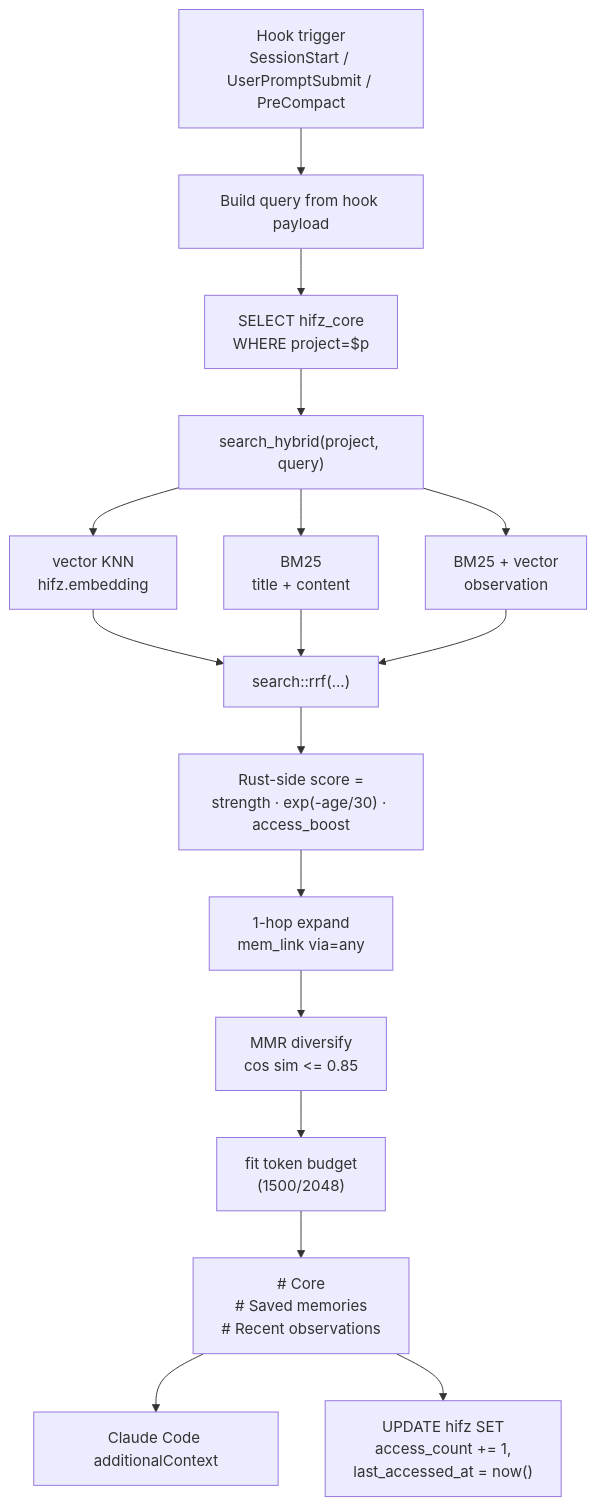
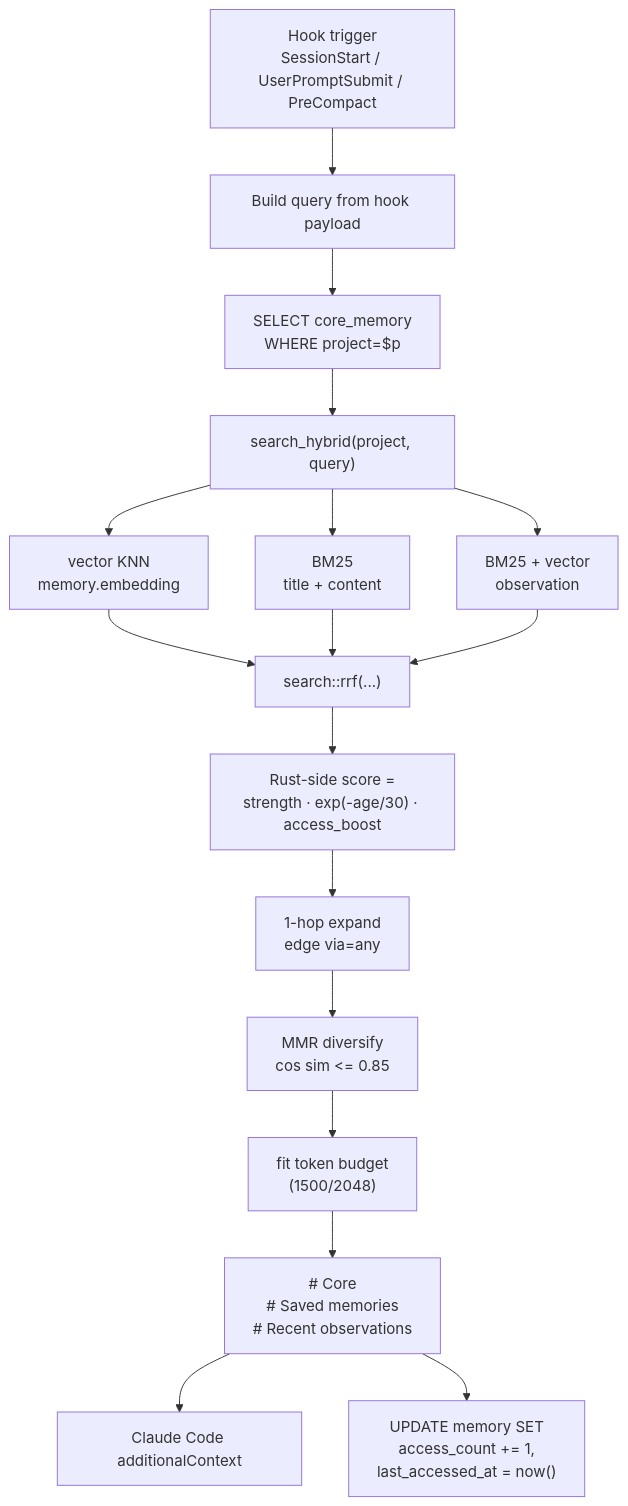
Before and after one commit to arriqaaq/hifz: the third of 5 diagrams in docs/architecture/memory.md, drawn with Mermaid. The commit also changed other lines of this file and 23 other files, not shown here.

````diff
--- a/docs/architecture/memory.md
+++ b/docs/architecture/memory.md
@@ -132,20 +140,20 @@
 ```mermaid
 flowchart TD
     Trigger["Hook trigger<br/>SessionStart / UserPromptSubmit / PreCompact"] --> BuildQ[Build query from hook payload]
-    BuildQ --> Core["SELECT hifz_core<br/>WHERE project=$p"]
+    BuildQ --> Core["SELECT core_memory<br/>WHERE project=$p"]
     Core --> Search["search_hybrid(project, query)"]
-    Search --> Vec["vector KNN<br/>hifz.embedding"]
+    Search --> Vec["vector KNN<br/>memory.embedding"]
     Search --> FT["BM25<br/>title + content"]
     Search --> FTObs["BM25 + vector<br/>observation"]
     Vec --> RRF["search::rrf(...)"]
     FT --> RRF
     FTObs --> RRF
     RRF --> Rust["Rust-side score =<br/>strength · exp(-age/30) · access_boost"]
-    Rust --> Graph["1-hop expand<br/>mem_link via=any"]
-    Graph --> MMR["MMR diversify<br/>cos sim <= 0.85"]
+    Rust --> Graph["1-hop expand<br/>edge via=any"]
+    Graph["1-hop expand<br/>edge via=any"] --> MMR["MMR diversify<br/>cos sim <= 0.85"]
     MMR --> TokenBudget["fit token budget<br/>(1500/2048)"]
     TokenBudget --> Output["# Core<br/># Saved memories<br/># Recent observations"]
     Output --> ClaudeCtx[Claude Code additionalContext]
 
-    Output --> Access["UPDATE hifz SET<br/>access_count += 1,<br/>last_accessed_at = now()"]
+    Output --> Access["UPDATE memory SET<br/>access_count += 1,<br/>last_accessed_at = now()"]
 ```
````
